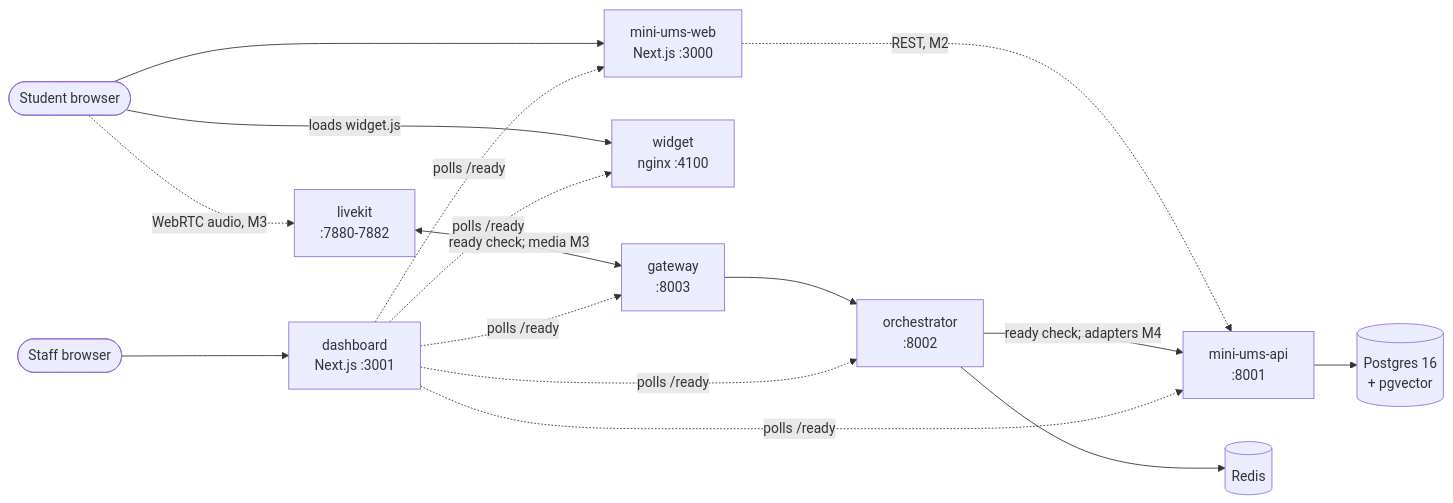
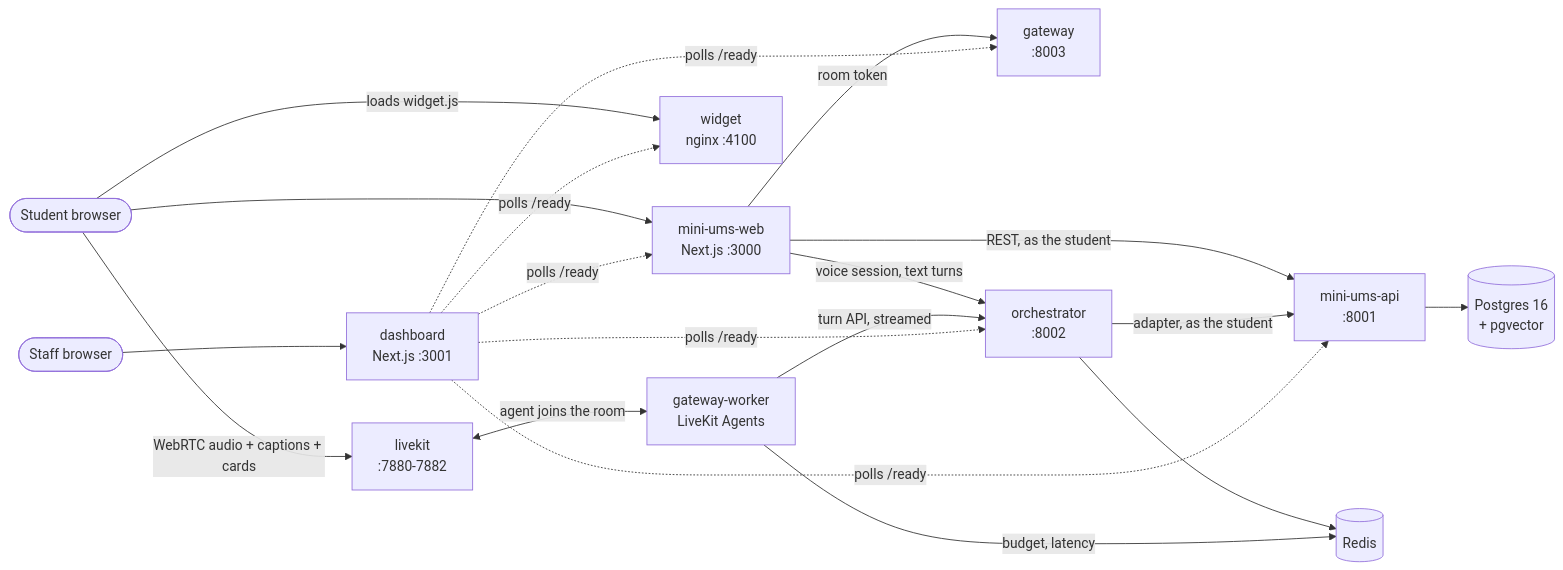
Before and after one commit to Komalpreet2809/CapstoneProject: the diagram in docs/architecture.md, drawn with Mermaid. The commit also changed other lines of this file and 67 other files, not shown here.

````diff
--- a/docs/architecture.md
+++ b/docs/architecture.md
@@ -8,26 +9,30 @@
 ```mermaid
 flowchart LR
   student([Student browser])
   staff([Staff browser])
   web[mini-ums-web<br/>Next.js :3000]
   widget[widget<br/>nginx :4100]
   lk[livekit<br/>:7880-7882]
+  worker[gateway-worker<br/>LiveKit Agents]
   gw[gateway<br/>:8003]
   orch[orchestrator<br/>:8002]
   api[mini-ums-api<br/>:8001]
   db[(Postgres 16<br/>+ pgvector)]
   redis[(Redis)]
   dash[dashboard<br/>Next.js :3001]
 
   student --> web
   student -- loads widget.js --> widget
-  student -. WebRTC audio, M3 .-> lk
-  web -. REST, M2 .-> api
-  lk <-- ready check; media M3 --> gw
-  gw --> orch
-  orch -- ready check; adapters M4 --> api
+  student -- WebRTC audio + captions + cards --> lk
+  web -- REST, as the student --> api
+  web -- voice session, text turns --> orch
+  web -- room token --> gw
+  lk <-- agent joins the room --> worker
+  worker -- turn API, streamed --> orch
+  orch -- adapter, as the student --> api
   orch --> redis
+  worker -- budget, latency --> redis
   api --> db
   staff --> dash
   dash -. polls /ready .-> api & orch & gw & widget & web
 ```
````
